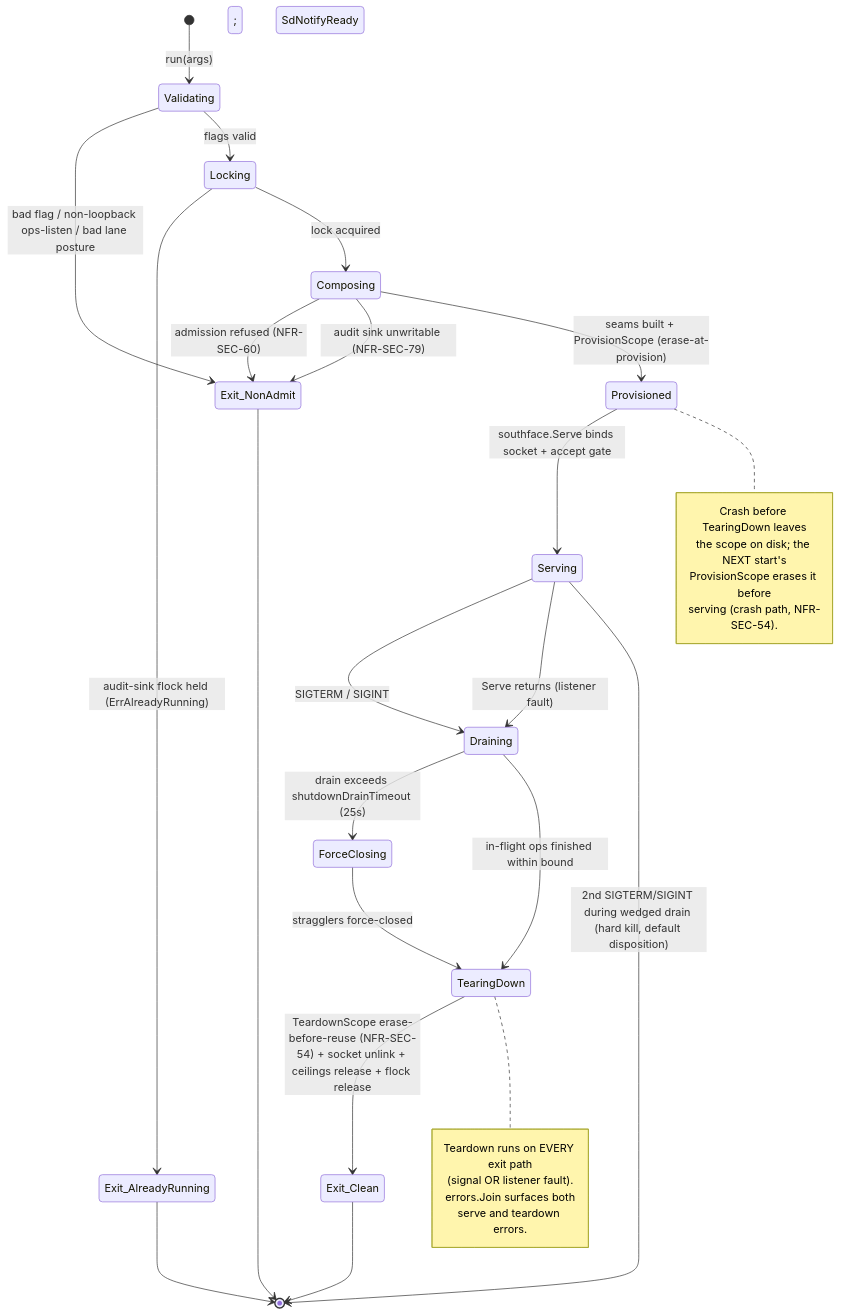
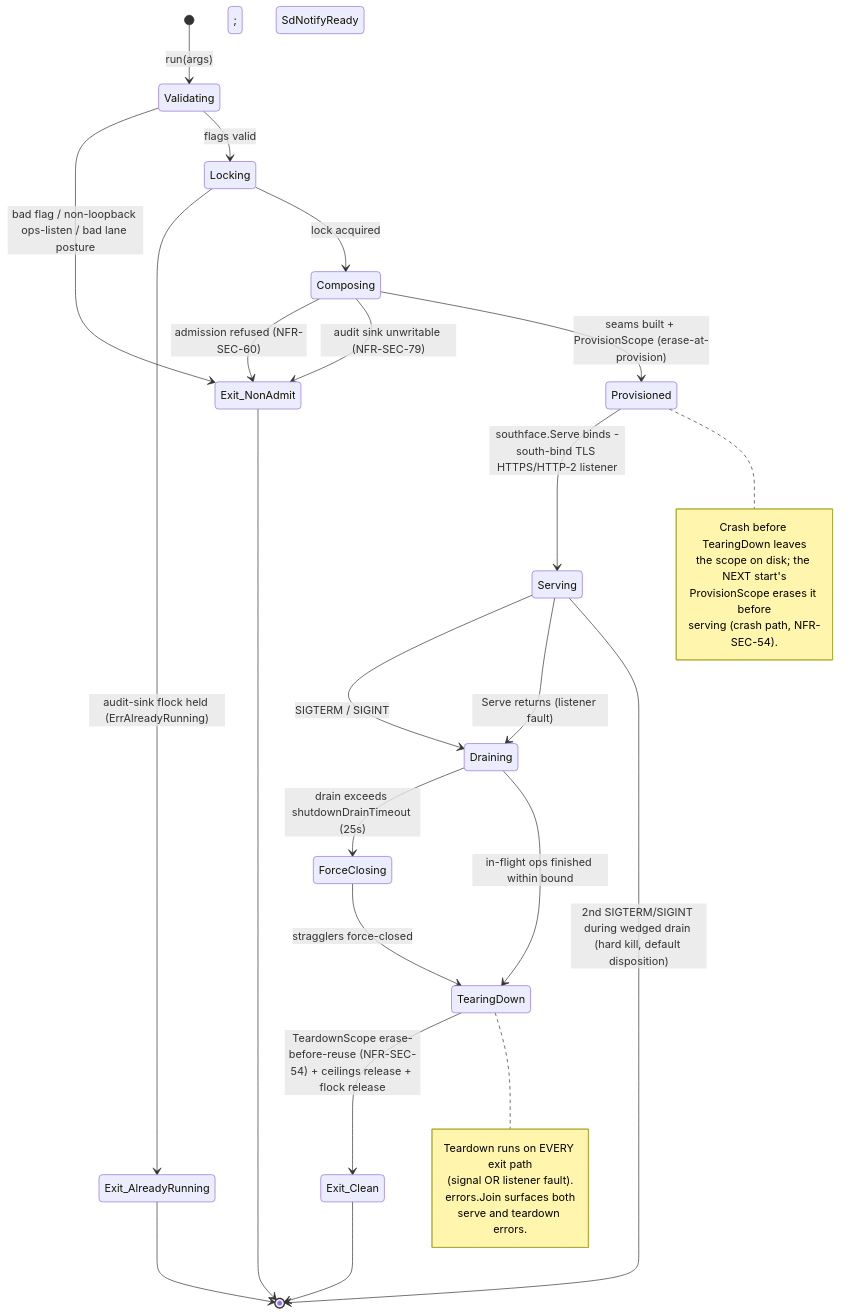
The diagram in docs/architecture/05-lifecycle.md (Wide-Moat/ocu-filestore), drawn with Mermaid before and after one commit. The commit also changed other lines of this file and 191 other files, not shown here.

````diff
--- a/docs/architecture/05-lifecycle.md
+++ b/docs/architecture/05-lifecycle.md
@@ -468,44 +501,44 @@
 ```mermaid
 stateDiagram-v2
     [*] --> Validating: run(args)
     Validating --> Exit_NonAdmit: bad flag / non-loopback ops-listen / bad lane posture
     Validating --> Locking: flags valid
 
     Locking --> Exit_AlreadyRunning: audit-sink flock held (ErrAlreadyRunning)
     Locking --> Composing: lock acquired
 
     Composing --> Exit_NonAdmit: admission refused (NFR-SEC-60)
     Composing --> Exit_NonAdmit: audit sink unwritable (NFR-SEC-79)
     Composing --> Provisioned: seams built + ProvisionScope (erase-at-provision)
 
-    Provisioned --> Serving: southface.Serve binds socket + accept gate; SdNotifyReady
+    Provisioned --> Serving: southface.Serve binds -south-bind TLS HTTPS/HTTP-2 listener; SdNotifyReady
 
     Serving --> Draining: SIGTERM / SIGINT
     Serving --> Draining: Serve returns (listener fault)
 
     Draining --> ForceClosing: drain exceeds shutdownDrainTimeout (25s)
     Draining --> TearingDown: in-flight ops finished within bound
     ForceClosing --> TearingDown: stragglers force-closed
 
-    TearingDown --> Exit_Clean: TeardownScope erase-before-reuse (NFR-SEC-54) + socket unlink + ceilings release + flock release
+    TearingDown --> Exit_Clean: TeardownScope erase-before-reuse (NFR-SEC-54) + ceilings release + flock release
 
     Serving --> [*]: 2nd SIGTERM/SIGINT during wedged drain (hard kill, default disposition)
 
     Exit_NonAdmit --> [*]
     Exit_AlreadyRunning --> [*]
     Exit_Clean --> [*]
 
     note right of TearingDown
         Teardown runs on EVERY exit path
         (signal OR listener fault).
         errors.Join surfaces both
         serve and teardown errors.
     end note
 
     note right of Provisioned
         Crash before TearingDown leaves
         the scope on disk; the NEXT start's
         ProvisionScope erases it before
         serving (crash path, NFR-SEC-54).
     end note
 ```
````
